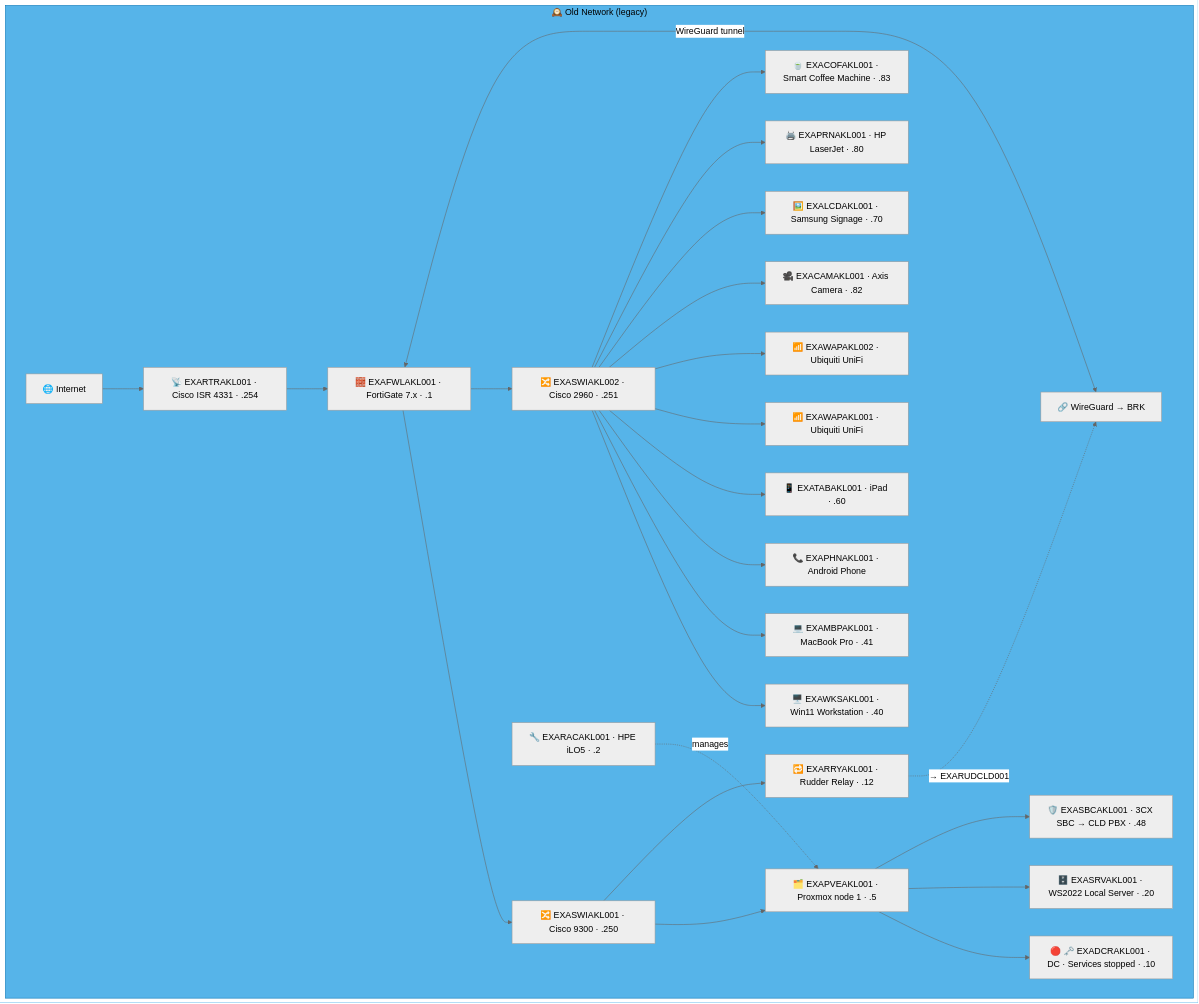
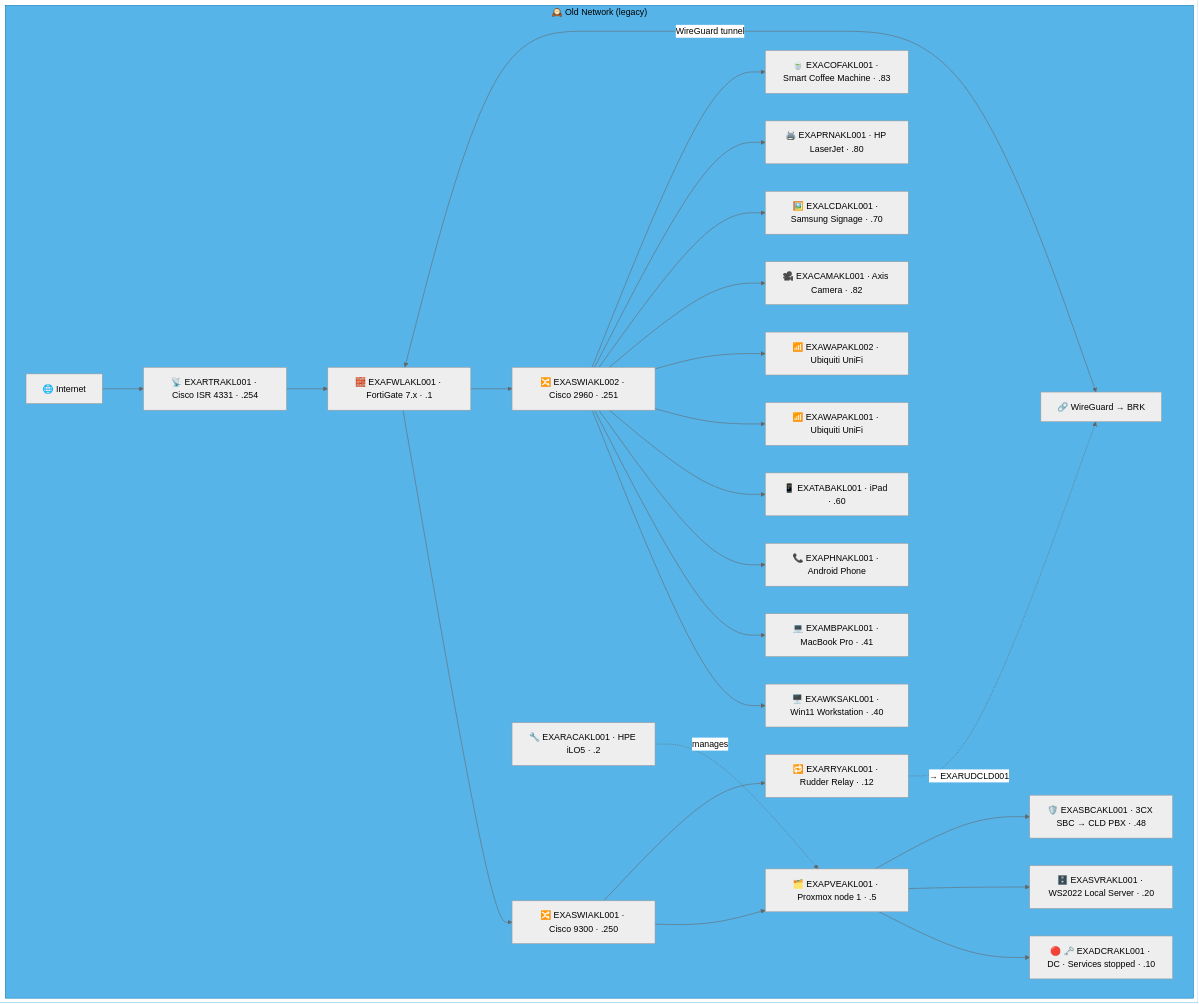
The second of 3 diagrams in docs/network-diagram/new-zealand.md (knightmare2600/example_music_infra), drawn with Mermaid (neutral theme) before and after one commit. The commit also changed other lines of this file and 44 other files, not shown here.

````diff
--- a/docs/network-diagram/new-zealand.md
+++ b/docs/network-diagram/new-zealand.md
@@ -88,38 +88,38 @@
 ```mermaid
 graph TD
     subgraph OLD_AKL ["🕰️ Old Network (legacy)"]
       INET["🌐 Internet"]
       FWL["🧱 EXAFWLAKL001 · FortiGate 7.x · .1"]
       SW1["🔀 EXASWIAKL001 · Cisco 9300 · .250"]
       SW2["🔀 EXASWIAKL002 · Cisco 2960 · .251"]
       RTR["📡 EXARTRAKL001 · Cisco ISR 4331 · .254"]
       RAC["🔧 EXARACAKL001 · HPE iLO5 · .2"]
       PVE["🗂️ EXAPVEAKL001 · Proxmox node 1 · .5"]
       DC["🔴 🗝️ EXADCRAKL001 · DC · Services stopped · .10"]
-      SRV["🗄️ EXASRVAKL001 · WS2022 Local Server · .20"]
+      SRV["🗄️ EXASVRAKL001 · WS2022 Local Server · .20"]
       SBC["🛡️ EXASBCAKL001 · 3CX SBC → CLD PBX · .48"]
       RRY["🔁 EXARRYAKL001 · Rudder Relay · .12"]
       WKS["🖥️ EXAWKSAKL001 · Win11 Workstation · .40"]
       MBP["💻 EXAMBPAKL001 · MacBook Pro · .41"]
       PHN["📞 EXAPHNAKL001 · Android Phone"]
       TAB["📱 EXATABAKL001 · iPad · .60"]
       WAP1["📶 EXAWAPAKL001 · Ubiquiti UniFi"]
       WAP2["📶 EXAWAPAKL002 · Ubiquiti UniFi"]
       CAM["🎥 EXACAMAKL001 · Axis Camera · .82"]
       LCD["🖼️ EXALCDAKL001 · Samsung Signage · .70"]
       PRN["🖨️ EXAPRNAKL001 · HP LaserJet · .80"]
       COF["🍵 EXACOFAKL001 · Smart Coffee Machine · .83"]
       VPN["🔗 WireGuard → BRK"]
 
       INET --> RTR --> FWL --> SW1 & SW2
       SW1 --> PVE --> DC & SRV & SBC
       RAC -.->|"manages"| PVE
       SW2 --> WKS & MBP & PHN & TAB & WAP1 & WAP2
       SW2 --> CAM & LCD & PRN & COF
       FWL <-->|"WireGuard tunnel"| VPN
 
       SW1 --> RRY
       RRY -. "→ EXARUDCLD001" .-> VPN
     end
     style OLD_AKL fill:#56B4E9,stroke:#0072B2,color:#000000
 ```
````
